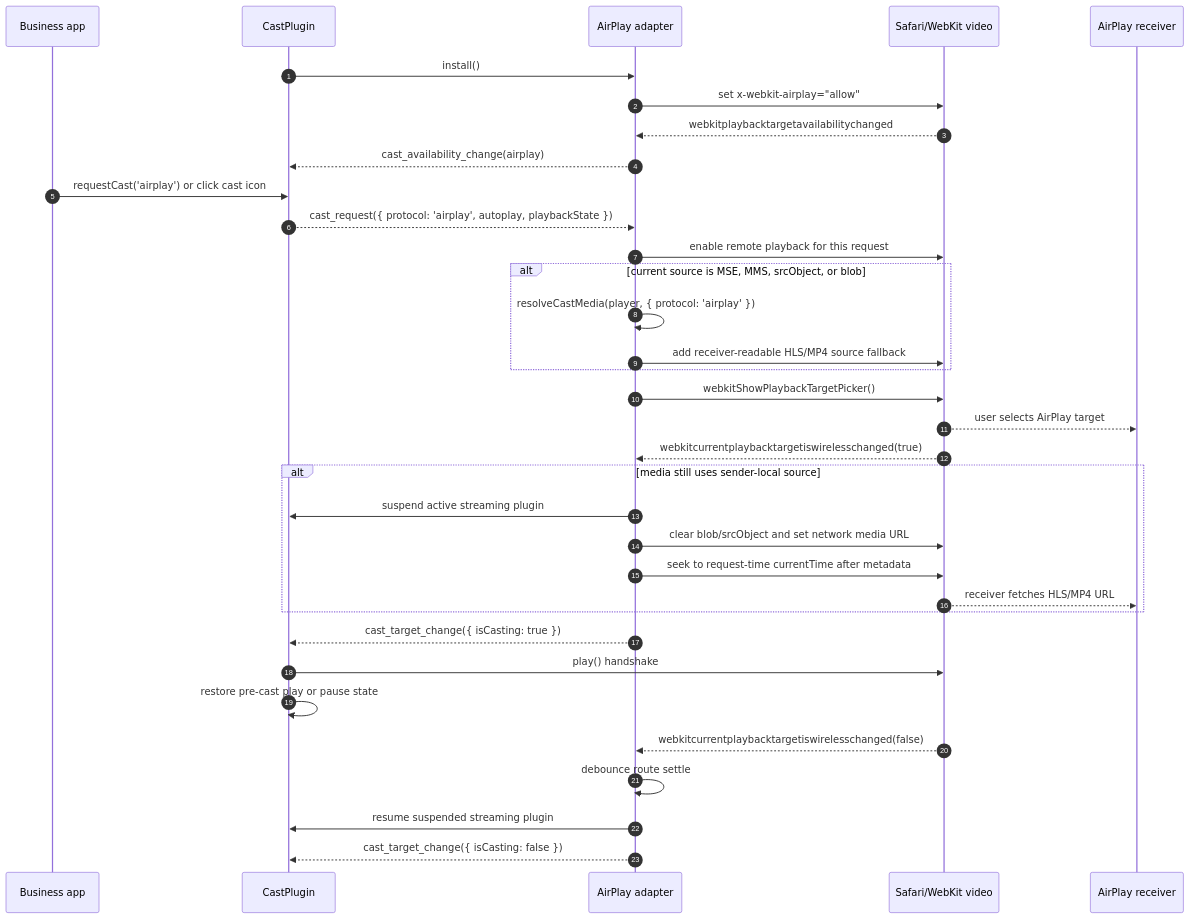
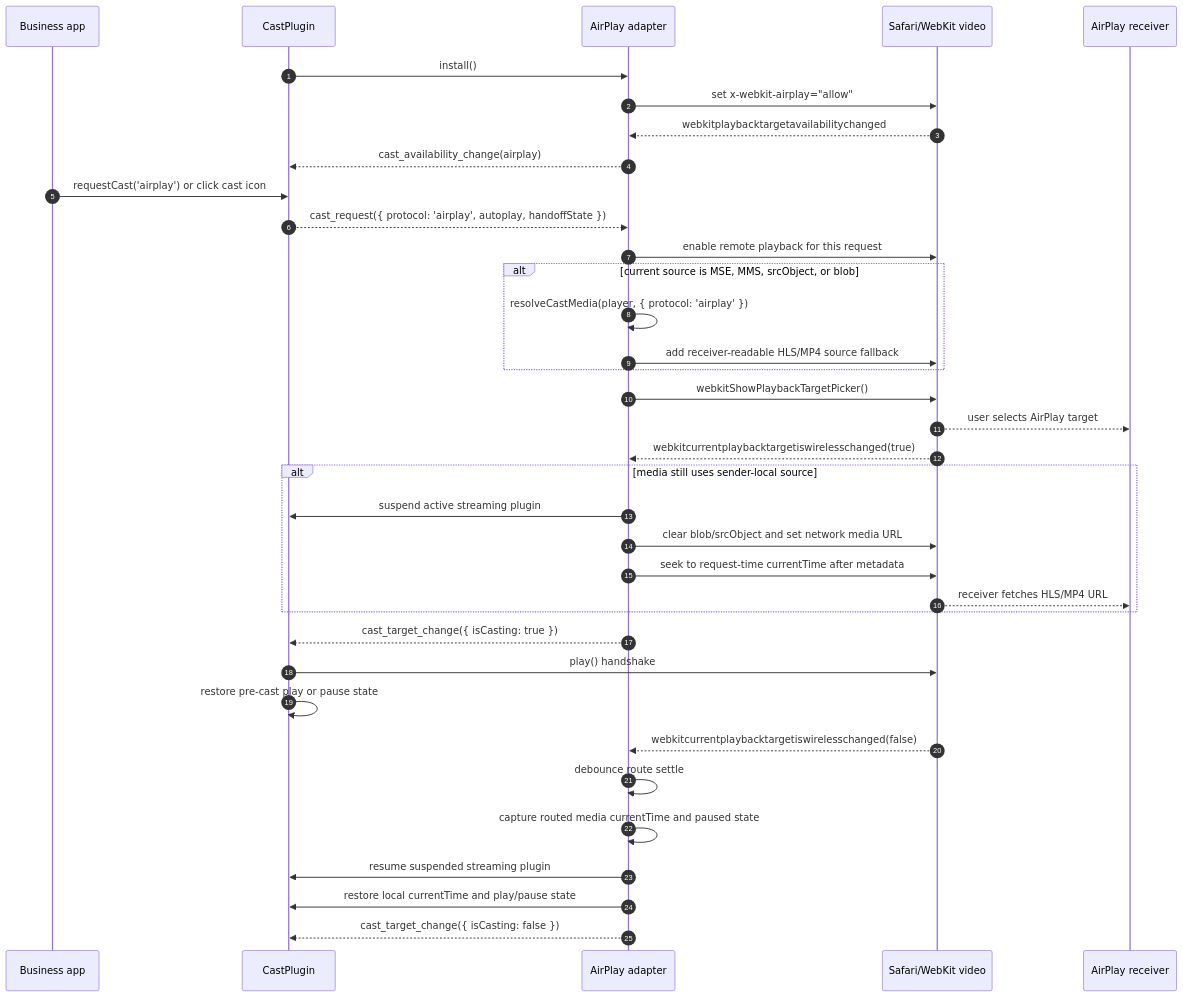
The second of 2 diagrams in packages/xgplayer-cast/README.md (bytedance/xgplayer), drawn with Mermaid before and after one commit. The commit also changed other lines of this file and 9 other files, not shown here.

Commit message:
fix(cast): restore local state after cast ends

````diff
--- a/packages/xgplayer-cast/README.md
+++ b/packages/xgplayer-cast/README.md
@@ -218,43 +223,45 @@
 ```mermaid
 sequenceDiagram
   autonumber
   participant App as Business app
   participant Plugin as CastPlugin
   participant AirPlay as AirPlay adapter
   participant WebKit as Safari/WebKit video
   participant Receiver as AirPlay receiver
 
   Plugin->>AirPlay: install()
   AirPlay->>WebKit: set x-webkit-airplay="allow"
   WebKit-->>AirPlay: webkitplaybacktargetavailabilitychanged
   AirPlay-->>Plugin: cast_availability_change(airplay)
 
   App->>Plugin: requestCast('airplay') or click cast icon
-  Plugin-->>AirPlay: cast_request({ protocol: 'airplay', autoplay, playbackState })
+  Plugin-->>AirPlay: cast_request({ protocol: 'airplay', autoplay, handoffState })
   AirPlay->>WebKit: enable remote playback for this request
 
   alt current source is MSE, MMS, srcObject, or blob
     AirPlay->>AirPlay: resolveCastMedia(player, { protocol: 'airplay' })
     AirPlay->>WebKit: add receiver-readable HLS/MP4 source fallback
   end
 
   AirPlay->>WebKit: webkitShowPlaybackTargetPicker()
   WebKit-->>Receiver: user selects AirPlay target
   WebKit-->>AirPlay: webkitcurrentplaybacktargetiswirelesschanged(true)
 
   alt media still uses sender-local source
     AirPlay->>Plugin: suspend active streaming plugin
     AirPlay->>WebKit: clear blob/srcObject and set network media URL
     AirPlay->>WebKit: seek to request-time currentTime after metadata
     WebKit-->>Receiver: receiver fetches HLS/MP4 URL
   end
 
   AirPlay-->>Plugin: cast_target_change({ isCasting: true })
   Plugin->>WebKit: play() handshake
   Plugin->>Plugin: restore pre-cast play or pause state
 
   WebKit-->>AirPlay: webkitcurrentplaybacktargetiswirelesschanged(false)
   AirPlay->>AirPlay: debounce route settle
+  AirPlay->>AirPlay: capture routed media currentTime and paused state
   AirPlay->>Plugin: resume suspended streaming plugin
+  AirPlay->>Plugin: restore local currentTime and play/pause state
   AirPlay-->>Plugin: cast_target_change({ isCasting: false })
 ```
````
